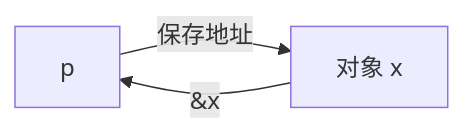
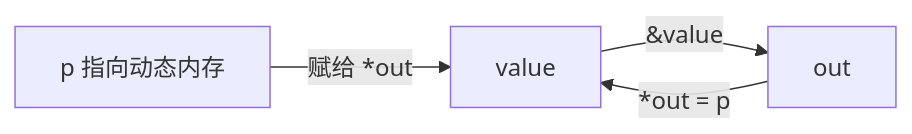
One commit to shanchuann/TheGitbookLibrary changed the fifth of 6 diagrams in C语言圣经/pointers.md. Above: the diagram before and after it, drawn with Mermaid. The commit also changed other lines of this file, not shown here.

````diff
--- a/C语言圣经/pointers.md
+++ b/C语言圣经/pointers.md
@@ -89,5 +411,6 @@
-```mermaid
+~~~mermaid
 flowchart LR
-    A[p] -->|保存地址| B[对象 x]
-    B -->|&x| A
-```
+    A[value] -->|&value| B[out]
+    B -->|*out = p| A
+    C[p 指向动态内存] -->|赋给 *out| A
+~~~
````
